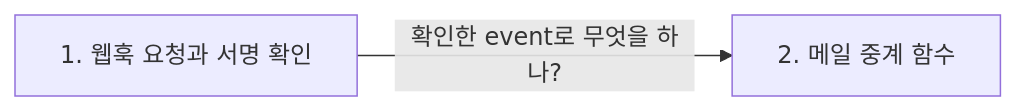
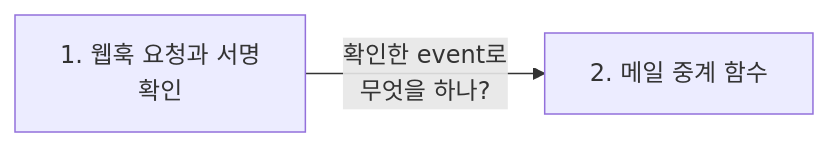
Before and after one commit to ChildrenAon/TIL: the first of 2 diagrams in 2026/November/11-07.md, drawn with Mermaid. The commit also changed other lines of this file and 5 other files, not shown here.

````diff
--- a/2026/November/11-07.md
+++ b/2026/November/11-07.md
@@ -22,4 +22,4 @@
 ```mermaid
 flowchart LR
-  A["1. 웹훅 요청과 서명 확인"] -->|"확인한 event로 무엇을 하나?"| B["2. 메일 중계 함수"]
+  A["1. 웹훅 요청과 서명<br/>확인"] -->|"확인한 event로<br/>무엇을 하나?"| B["2. 메일 중계 함수"]
 ```
````
